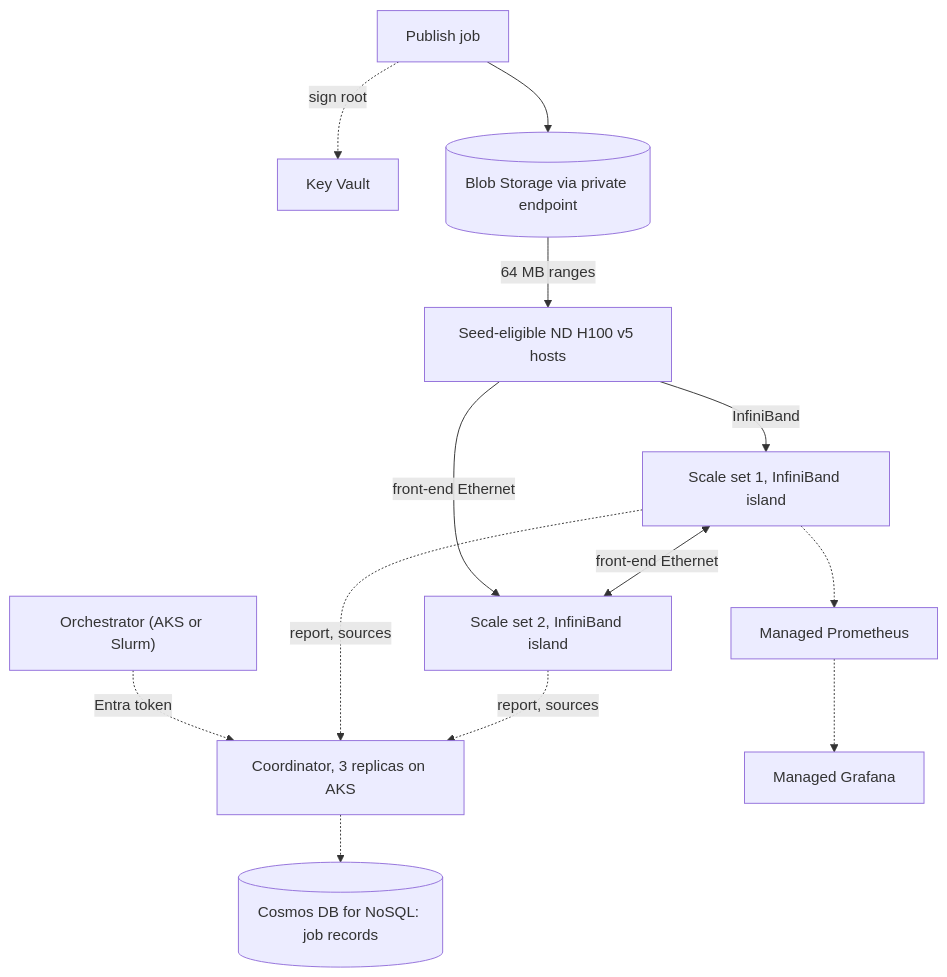
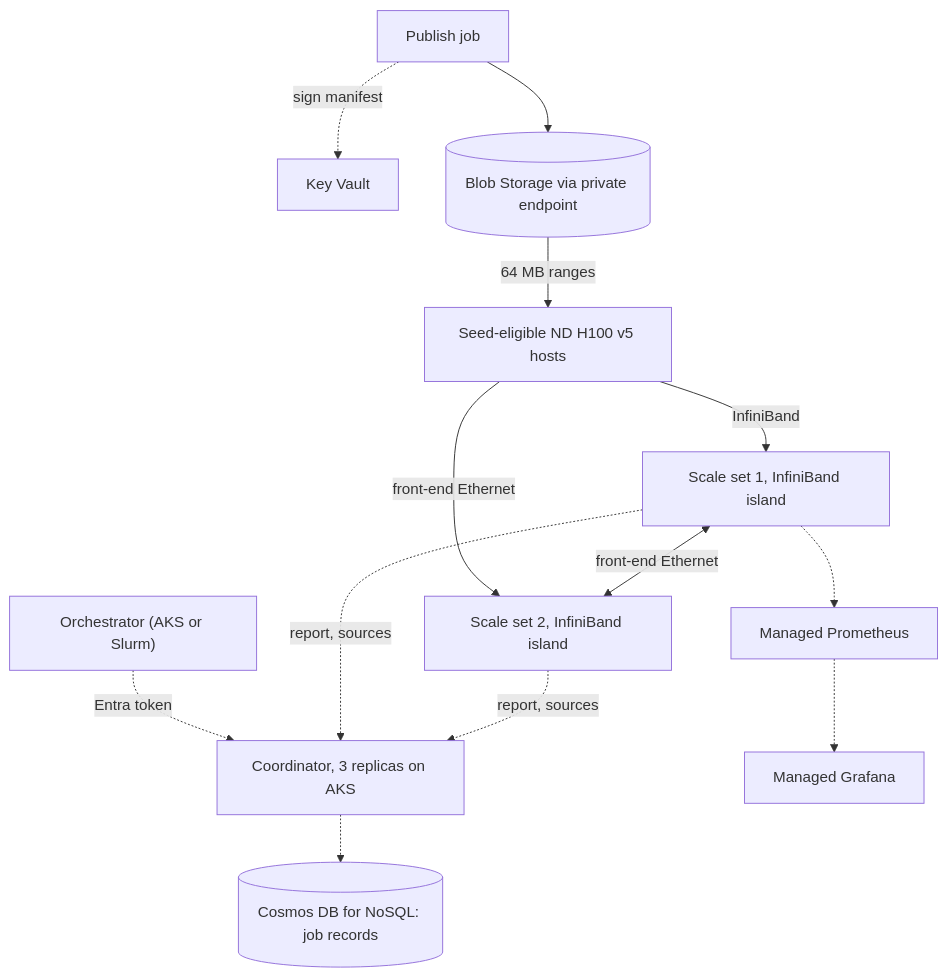
Before and after one commit to spabolu/system-design-modern: diagram 11 of 11 in docs/06-case-studies/ai-model-downloader.md, drawn with Mermaid. The commit also changed other lines of this file, not shown here.

````diff
--- a/docs/06-case-studies/ai-model-downloader.md
+++ b/docs/06-case-studies/ai-model-downloader.md
@@ -475,15 +475,15 @@
 ```mermaid
 flowchart TB
   Orch["Orchestrator (AKS or Slurm)"] -.->|"Entra token"| Coord["Coordinator, 3 replicas on AKS"]
   Coord -.-> COS[("Cosmos DB for NoSQL: job records")]
-  Pub["Publish job"] -.->|"sign root"| KV["Key Vault"]
+  Pub["Publish job"] -.->|"sign manifest"| KV["Key Vault"]
   Pub --> Blob[("Blob Storage via private endpoint")]
   Blob -->|"64 MB ranges"| Seeds["Seed-eligible ND H100 v5 hosts"]
   Seeds -->|"InfiniBand"| I1["Scale set 1, InfiniBand island"]
   Seeds -->|"front-end Ethernet"| I2["Scale set 2, InfiniBand island"]
   I1 <-->|"front-end Ethernet"| I2
   I1 -.->|"report, sources"| Coord
   I2 -.->|"report, sources"| Coord
   I1 -.-> Prom["Managed Prometheus"]
   Prom -.-> Graf["Managed Grafana"]
 ```
````
